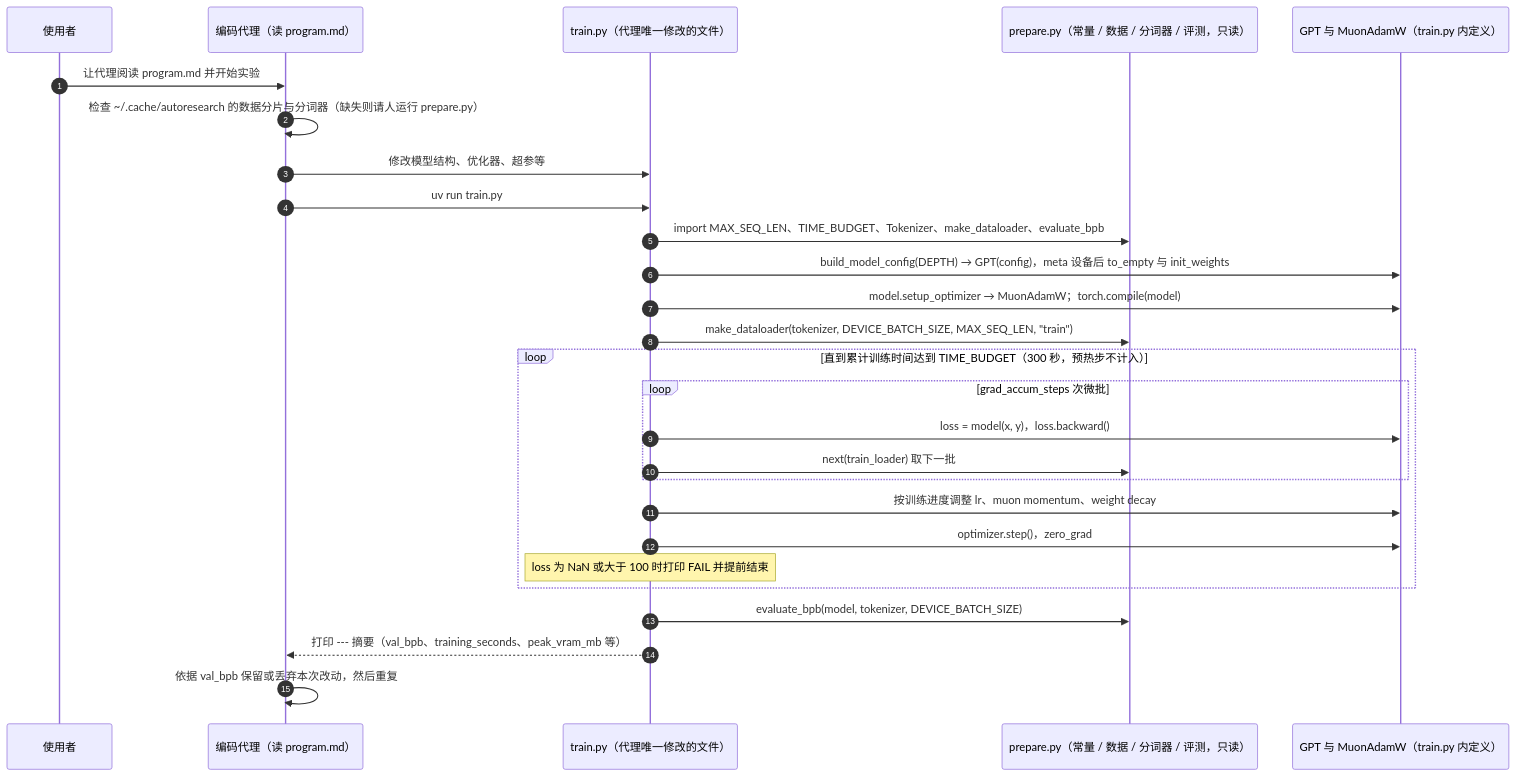
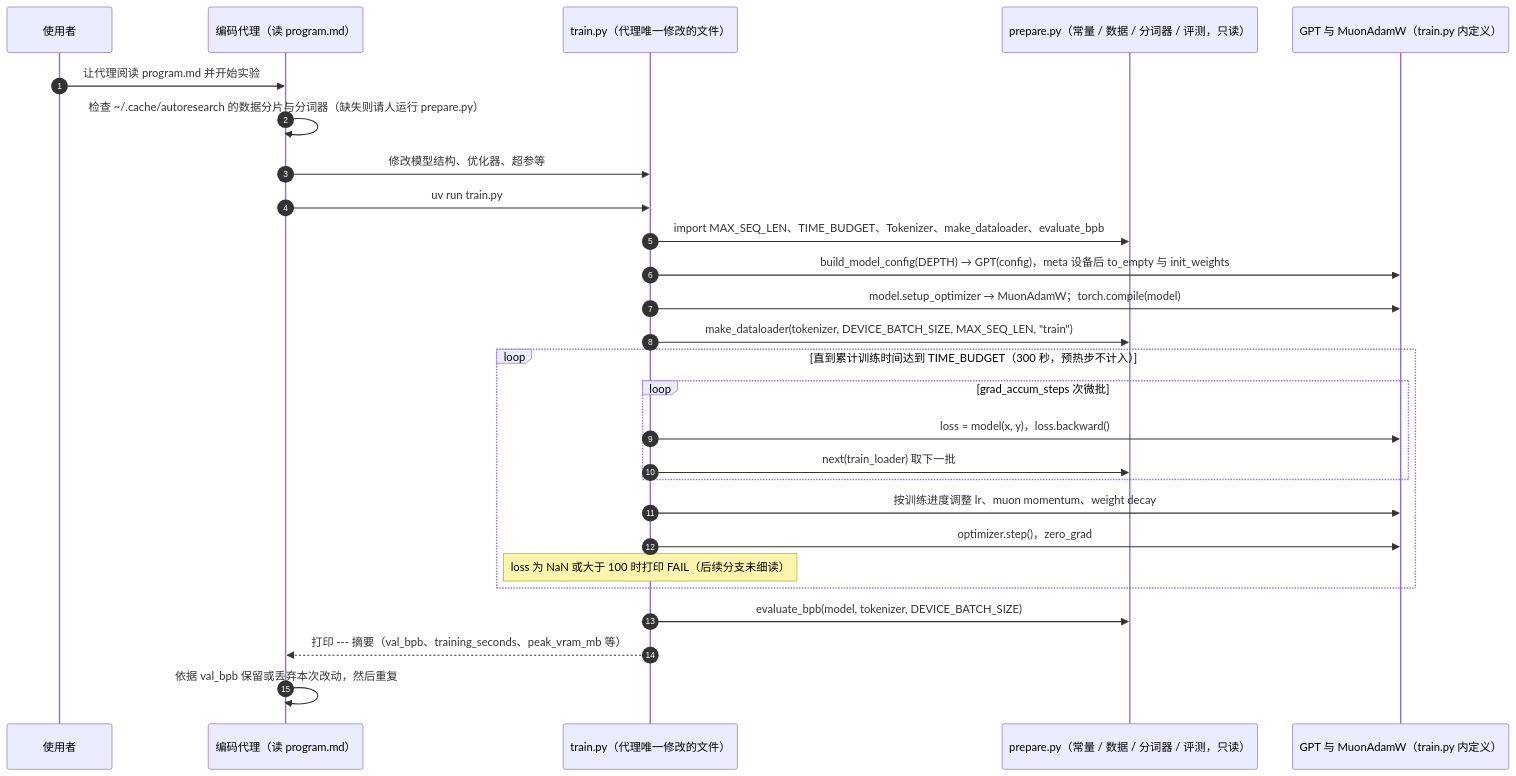
The second of 2 diagrams in wiki/entities/andrej-karpathy.md (ImChong/Robotics_Notebooks), drawn with Mermaid before and after one commit. The commit also changed 8 other files, not shown here.

First line of the commit message:
wiki: 项目实体页源码时序图（进行中）

````diff
--- a/wiki/entities/andrej-karpathy.md
+++ b/wiki/entities/andrej-karpathy.md
@@ -104,29 +104,29 @@
 ```mermaid
 sequenceDiagram
   autonumber
   participant U as 使用者
   participant G as 编码代理（读 program.md）
   participant T as train.py（代理唯一修改的文件）
   participant P as prepare.py（常量 / 数据 / 分词器 / 评测，只读）
   participant O as GPT 与 MuonAdamW（train.py 内定义）
   U->>G: 让代理阅读 program.md 并开始实验
   G->>G: 检查 ~/.cache/autoresearch 的数据分片与分词器（缺失则请人运行 prepare.py）
   G->>T: 修改模型结构、优化器、超参等
   G->>T: uv run train.py
   T->>P: import MAX_SEQ_LEN、TIME_BUDGET、Tokenizer、make_dataloader、evaluate_bpb
   T->>O: build_model_config(DEPTH) → GPT(config)，meta 设备后 to_empty 与 init_weights
   T->>O: model.setup_optimizer → MuonAdamW；torch.compile(model)
   T->>P: make_dataloader(tokenizer, DEVICE_BATCH_SIZE, MAX_SEQ_LEN, "train")
   loop 直到累计训练时间达到 TIME_BUDGET（300 秒，预热步不计入）
     loop grad_accum_steps 次微批
       T->>O: loss = model(x, y)，loss.backward()
       T->>P: next(train_loader) 取下一批
     end
     T->>O: 按训练进度调整 lr、muon momentum、weight decay
     T->>O: optimizer.step()，zero_grad
-    Note over T: loss 为 NaN 或大于 100 时打印 FAIL 并提前结束
+    Note over T: loss 为 NaN 或大于 100 时打印 FAIL（后续分支未细读）
   end
   T->>P: evaluate_bpb(model, tokenizer, DEVICE_BATCH_SIZE)
   T-->>G: 打印 --- 摘要（val_bpb、training_seconds、peak_vram_mb 等）
   G->>G: 依据 val_bpb 保留或丢弃本次改动，然后重复
 ```
````
